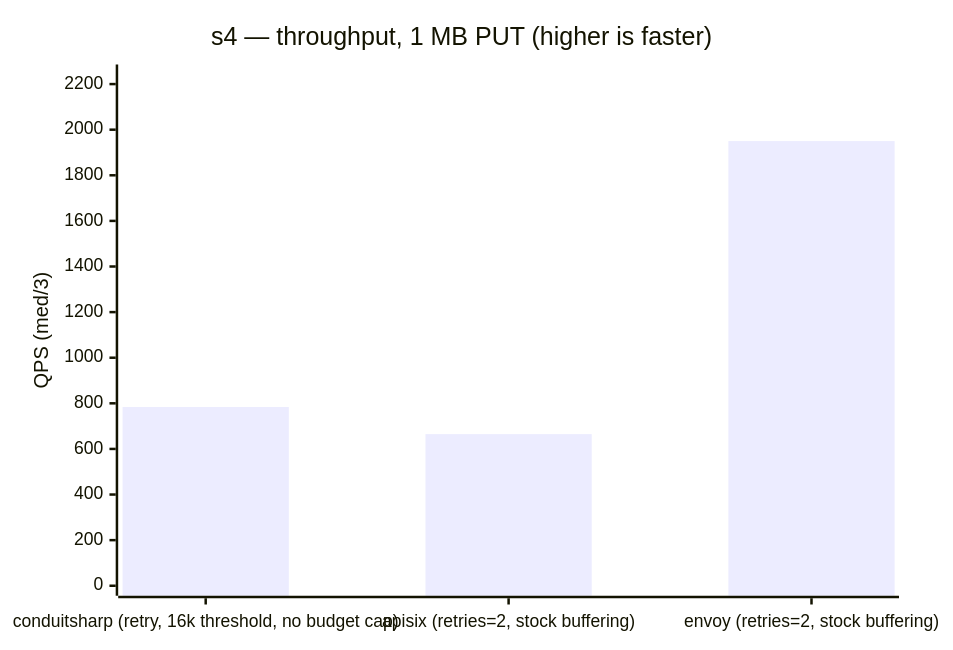
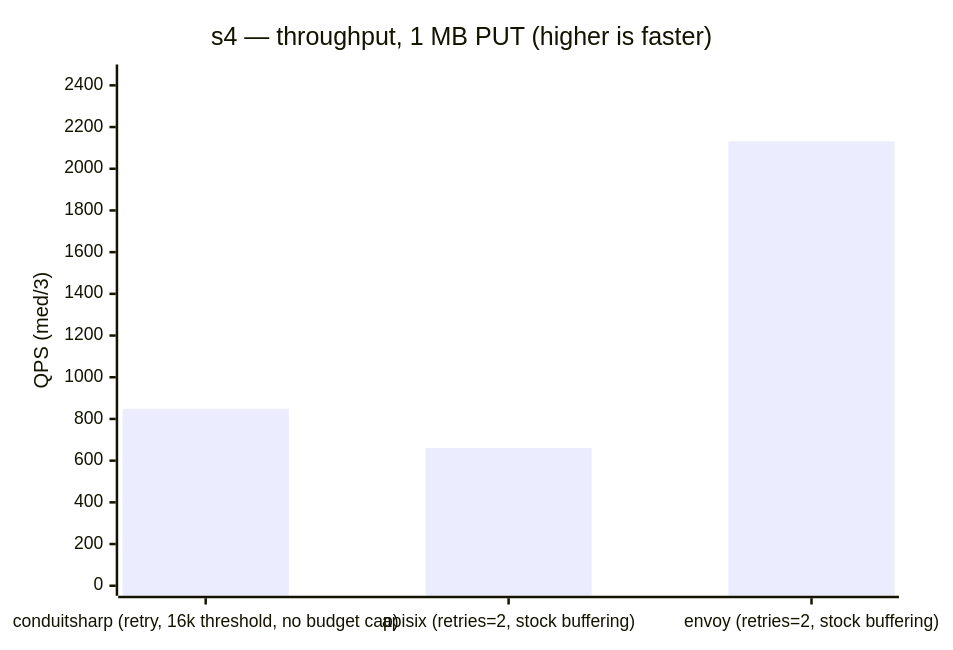
Before and after one commit to liqngliz/ConduitSharp: the first of 2 diagrams in benchmarks/load/README.md, drawn with Mermaid. The commit also changed other lines of this file and 1 other file, not shown here.

````diff
--- a/benchmarks/load/README.md
+++ b/benchmarks/load/README.md
@@ -121,7 +121,7 @@
 ```mermaid
 xychart-beta
     title "s4 — throughput, 1 MB PUT (higher is faster)"
     x-axis ["conduitsharp (retry, 16k threshold, no budget cap)", "apisix (retries=2, stock buffering)", "envoy (retries=2, stock buffering)"]
-    y-axis "QPS (med/3)" 0 --> 2242
-    bar [784, 665, 1950]
+    y-axis "QPS (med/3)" 0 --> 2452
+    bar [849, 661, 2132]
 ```
````
